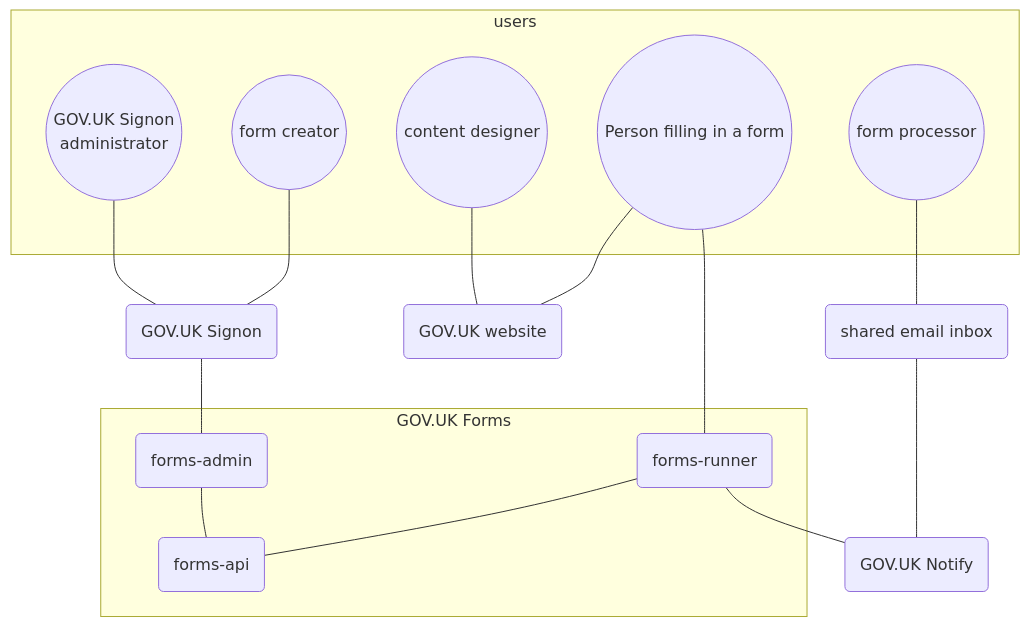
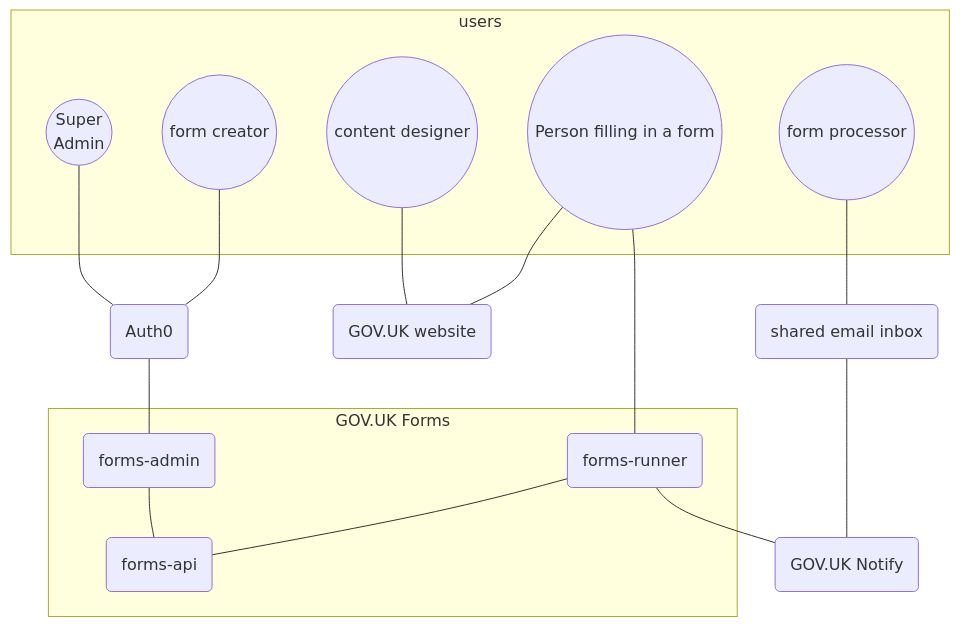
One commit to alphagov/forms changed the diagram in diagrams/sequence-diagrams/README.md. Above: the diagram before and after it, drawn with Mermaid.

Commit message:
Remove Signon, add Auth0

````diff
--- a/diagrams/sequence-diagrams/README.md
+++ b/diagrams/sequence-diagrams/README.md
@@ -9,33 +9,33 @@
 ```mermaid
 graph TD
     subgraph users
-        signon_admin((GOV.UK Signon<br />administrator))
+        super_admin((Super<br />Admin))
         creator((form creator))
         content((content designer))
         user((Person filling in a form))
         processor((form processor))
     end
 
-    signon(GOV.UK Signon)
+    auth0(Auth0)
     govuk(GOV.UK website)
 
-    signon_admin --- signon
-    creator --- signon
+    super_admin --- auth0
+    creator --- auth0
     content --- govuk
 
     subgraph sg1 [GOV.UK Forms]
         admin(forms-admin)
         api(forms-api)
         runner(forms-runner)
     end
 
-    signon --- admin --- api
+    auth0 --- admin --- api
     user --- govuk
     user --- runner --- api
 
     notify(GOV.UK Notify)
     inbox(shared email inbox)
 
     runner --- notify
     processor --- inbox --- notify
 ```
````
